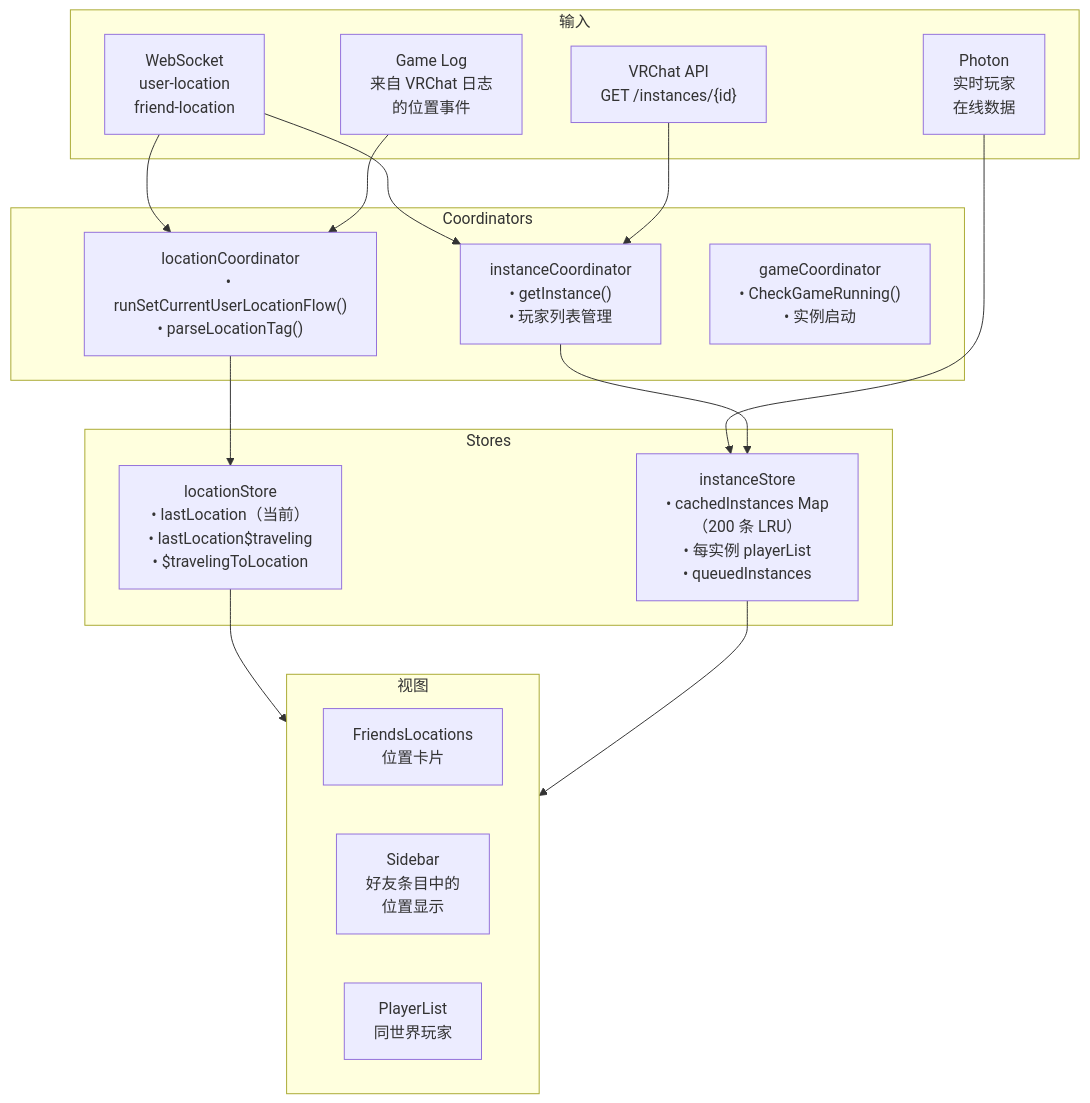
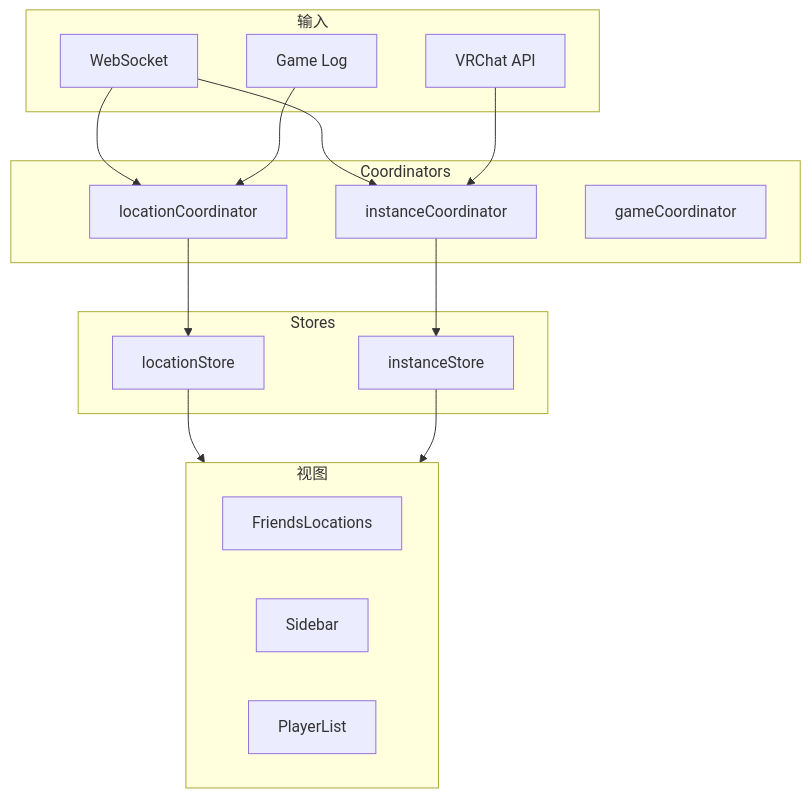
One commit to Map1en/vrcx-docs changed the first of 2 diagrams in zh/modules/instance-location.md. Above: the diagram before and after it, drawn with Mermaid. The commit also changed other lines of this file and 16 other files, not shown here.

````diff
--- a/zh/modules/instance-location.md
+++ b/zh/modules/instance-location.md
@@ -5,38 +5,36 @@
 ```mermaid
 graph TD
     subgraph Stores
-        locationStore["locationStore<br/>• lastLocation（当前）<br/>• lastLocation$traveling<br/>• $travelingToLocation"]
-        instanceStore["instanceStore<br/>• cachedInstances Map<br/>  （200 条 LRU）<br/>• 每实例 playerList<br/>• queuedInstances"]
+        locationStore["locationStore"]
+        instanceStore["instanceStore"]
     end
 
     subgraph Coordinators
-        locationCoord["locationCoordinator<br/>• runSetCurrentUserLocationFlow()<br/>• parseLocationTag()"]
-        instanceCoord["instanceCoordinator<br/>• getInstance()<br/>• 玩家列表管理"]
-        gameCoord["gameCoordinator<br/>• CheckGameRunning()<br/>• 实例启动"]
+        locationCoord["locationCoordinator"]
+        instanceCoord["instanceCoordinator"]
+        gameCoord["gameCoordinator"]
     end
 
     subgraph Inputs["输入"]
-        ws["WebSocket<br/>user-location<br/>friend-location"]
-        api["VRChat API<br/>GET /instances/{id}"]
-        gameLog["Game Log<br/>来自 VRChat 日志<br/>的位置事件"]
-        photon["Photon<br/>实时玩家<br/>在线数据"]
+        ws["WebSocket"]
+        api["VRChat API"]
+        gameLog["Game Log"]
     end
 
     subgraph Views["视图"]
-        friendsLoc["FriendsLocations<br/>位置卡片"]
-        sidebar["Sidebar<br/>好友条目中的<br/>位置显示"]
-        playerList["PlayerList<br/>同世界玩家"]
+        friendsLoc["FriendsLocations"]
+        sidebar["Sidebar"]
+        playerList["PlayerList"]
     end
 
     ws --> locationCoord
     ws --> instanceCoord
     api --> instanceCoord
     gameLog --> locationCoord
-    photon --> instanceStore
 
     locationCoord --> locationStore
     instanceCoord --> instanceStore
     
     locationStore --> Views
     instanceStore --> Views
 ```
````
